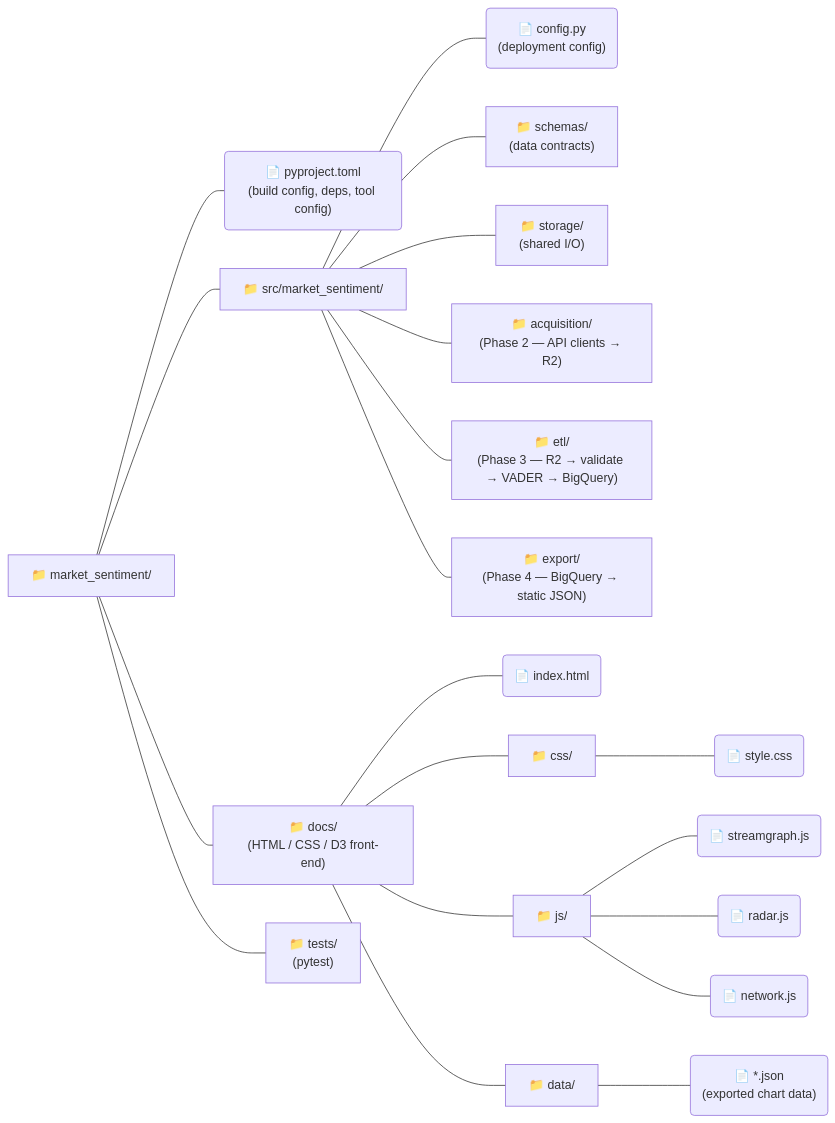
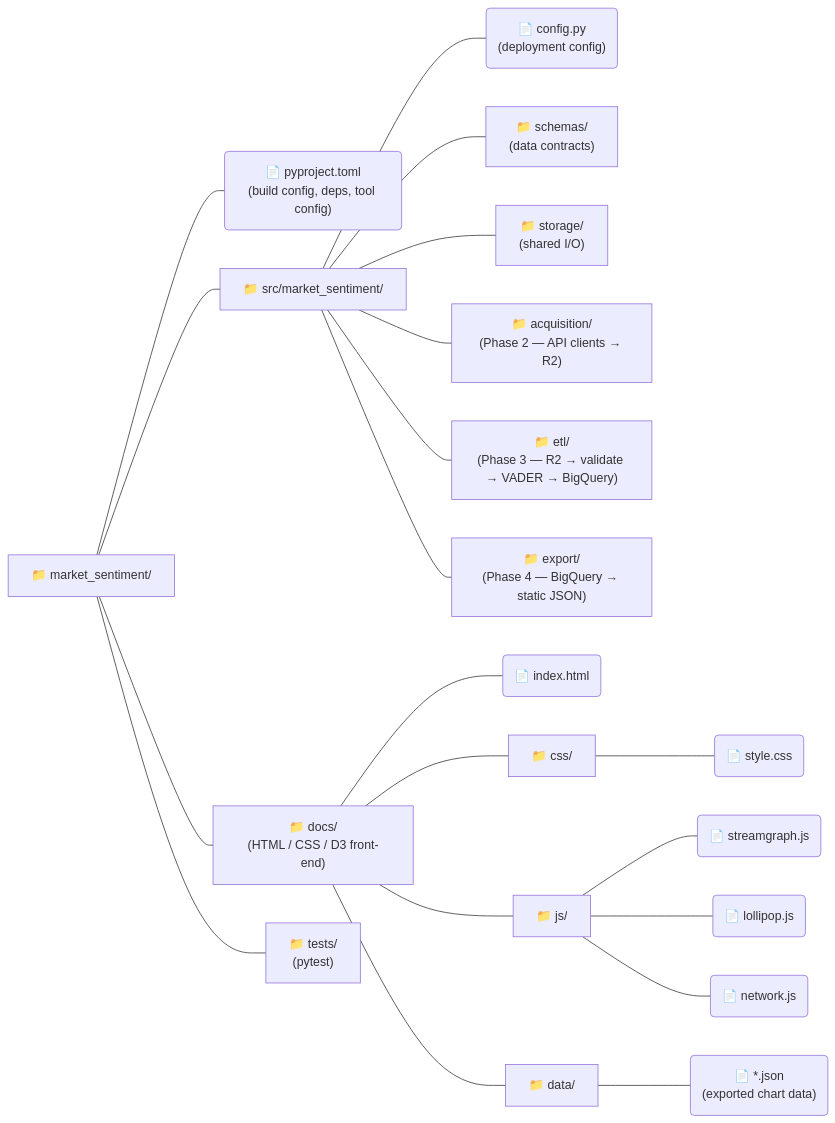
The second of 2 diagrams in README.md (jdpretorius123/market_sentiment), drawn with Mermaid before and after one commit. The commit also changed other lines of this file and 8 other files, not shown here.

Commit message:
Switched From Radar to Lollipop Chart & Corrected Stale Refs and Paths

````diff
--- a/README.md
+++ b/README.md
@@ -124,30 +124,30 @@
 ```mermaid
 graph LR
     %% Root Directory
     Root["📁 market_sentiment/"]
 
     %% Level 1
     Root --- F1("📄 pyproject.toml<br/>(build config, deps, tool config)")
     Root --- Src["📁 src/market_sentiment/"]
     Root --- Docs["📁 docs/<br/>(HTML / CSS / D3 front-end)"]
     Root --- Tests["📁 tests/<br/>(pytest)"]
 
     %% Src contents
     Src --- S1("📄 config.py<br/>(deployment config)")
     Src --- S2["📁 schemas/<br/>(data contracts)"]
     Src --- S3["📁 storage/<br/>(shared I/O)"]
     Src --- S4["📁 acquisition/<br/>(Phase 2 — API clients → R2)"]
     Src --- S5["📁 etl/<br/>(Phase 3 — R2 → validate → VADER → BigQuery)"]
     Src --- S6["📁 export/<br/>(Phase 4 — BigQuery → static JSON)"]
 
     %% Docs contents
     Docs --- D1("📄 index.html")
     Docs --- D2["📁 css/"]
     D2 --- D2A("📄 style.css")
     Docs --- D3["📁 js/"]
     D3 --- D3A("📄 streamgraph.js")
-    D3 --- D3B("📄 radar.js")
+    D3 --- D3B("📄 lollipop.js")
     D3 --- D3C("📄 network.js")
     Docs --- D4["📁 data/"]
     D4 --- D4A("📄 *.json<br/>(exported chart data)")
 ```
````
